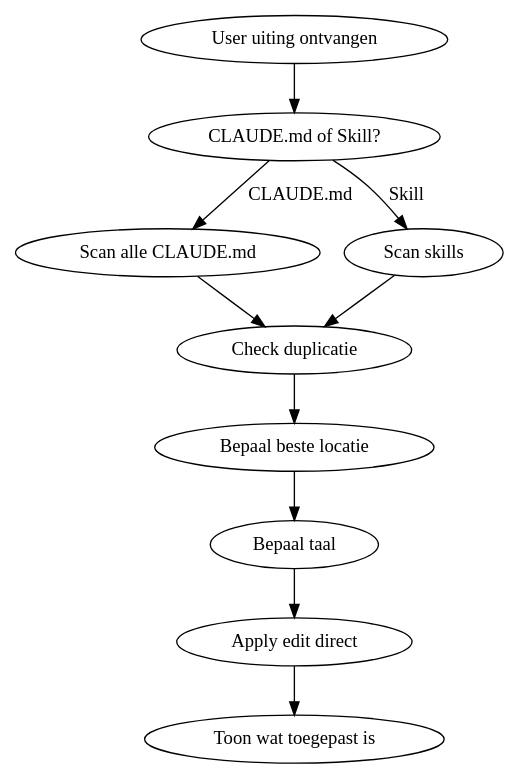
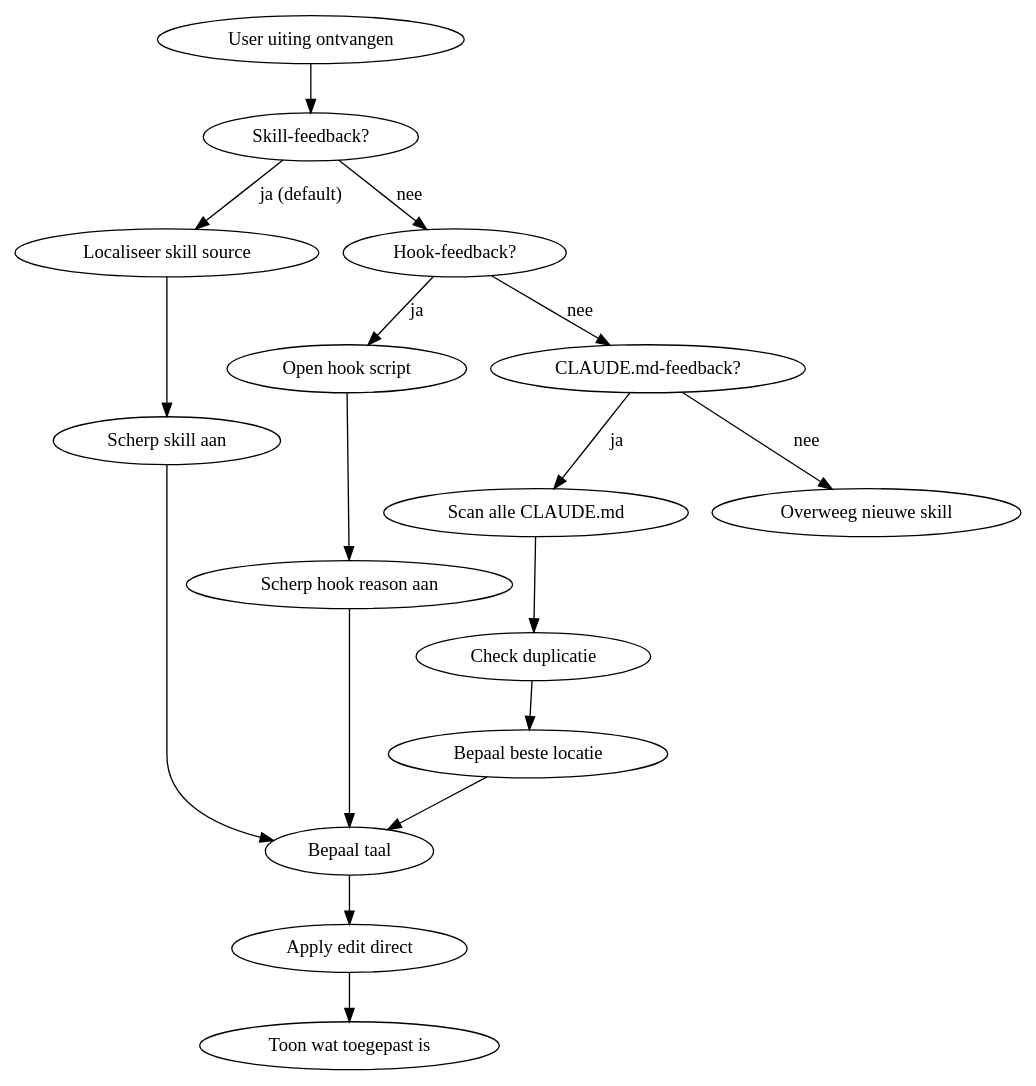
Before and after one commit to epologee/leclause-skills: the first of 2 diagrams in packages/self-improvement/skills/self-improvement/SKILL.md, drawn with Graphviz. The commit also changed other lines of this file and 1 other file, not shown here.

First line of the commit message:
Self-improvement edits the skill source when feedback targets a skill

````diff
--- a/packages/self-improvement/skills/self-improvement/SKILL.md
+++ b/packages/self-improvement/skills/self-improvement/SKILL.md
@@ -66,13 +117,20 @@
 ```dot
 digraph self_improvement {
-  "User uiting ontvangen" -> "CLAUDE.md of Skill?"
-  "CLAUDE.md of Skill?" -> "Scan alle CLAUDE.md" [label="CLAUDE.md"]
-  "CLAUDE.md of Skill?" -> "Scan skills" [label="Skill"]
+  "User uiting ontvangen" -> "Skill-feedback?"
+  "Skill-feedback?" -> "Localiseer skill source" [label="ja (default)"]
+  "Skill-feedback?" -> "Hook-feedback?" [label="nee"]
+  "Hook-feedback?" -> "Open hook script" [label="ja"]
+  "Hook-feedback?" -> "CLAUDE.md-feedback?" [label="nee"]
+  "CLAUDE.md-feedback?" -> "Scan alle CLAUDE.md" [label="ja"]
+  "CLAUDE.md-feedback?" -> "Overweeg nieuwe skill" [label="nee"]
+  "Localiseer skill source" -> "Scherp skill aan"
+  "Open hook script" -> "Scherp hook reason aan"
   "Scan alle CLAUDE.md" -> "Check duplicatie"
-  "Scan skills" -> "Check duplicatie"
   "Check duplicatie" -> "Bepaal beste locatie"
   "Bepaal beste locatie" -> "Bepaal taal"
+  "Scherp skill aan" -> "Bepaal taal"
+  "Scherp hook reason aan" -> "Bepaal taal"
   "Bepaal taal" -> "Apply edit direct"
   "Apply edit direct" -> "Toon wat toegepast is"
 }
 ```
````
